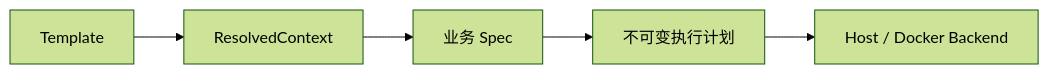
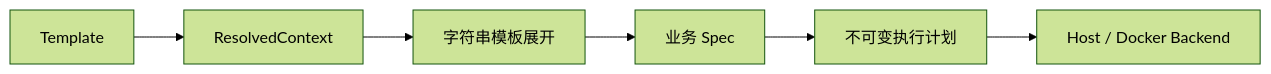
One commit to zz990099/Rigyard changed the second of 2 diagrams in docs/architecture.md. Above: the diagram before and after it, drawn with Mermaid (forest theme). The commit also changed other lines of this file and 10 other files, not shown here.

````diff
--- a/docs/architecture.md
+++ b/docs/architecture.md
@@ -37,7 +37,8 @@
 ```mermaid
 flowchart LR
     A[Template] --> B[ResolvedContext]
-    B --> C[业务 Spec]
-    C --> D[不可变执行计划]
-    D --> E[Host / Docker Backend]
+    B --> C[字符串模板展开]
+    C --> D[业务 Spec]
+    D --> E[不可变执行计划]
+    E --> F[Host / Docker Backend]
 ```
````
